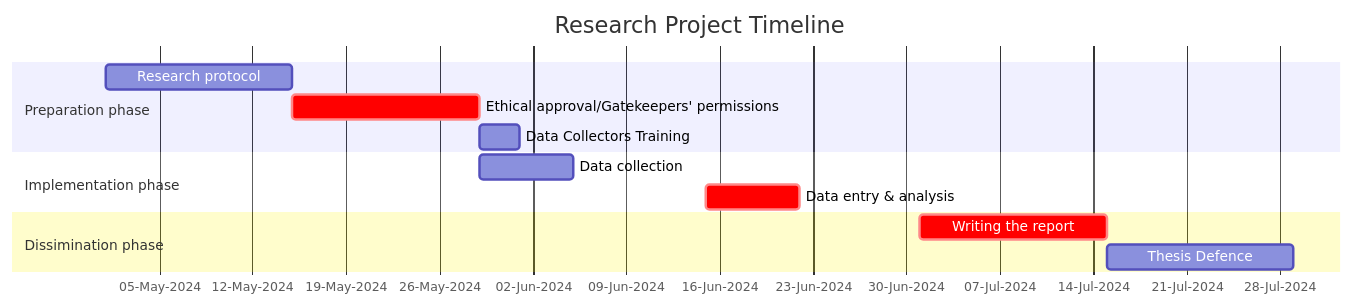
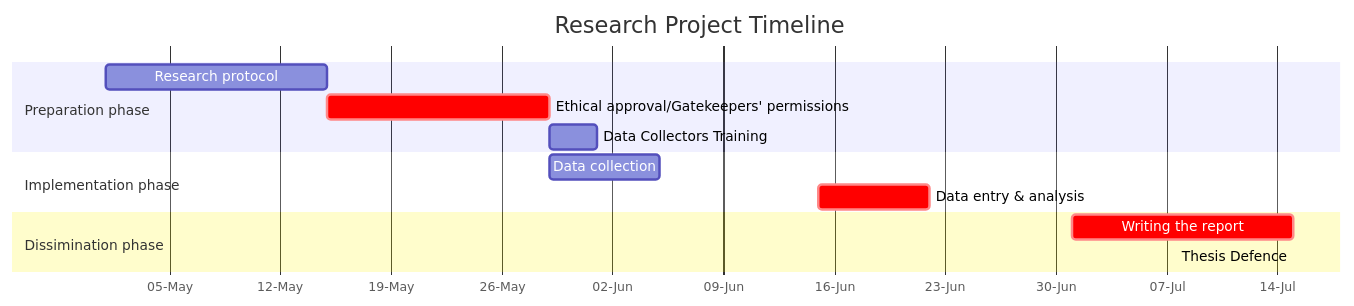
One commit to alturabi1990/mph-thesis changed the second of 2 diagrams in 03-methods.qmd. Above: the diagram before and after it, drawn with Mermaid. The commit also changed other lines of this file, not shown here.

Commit message:
modify the mermaid gantt chart to make it more clear

````diff
--- a/03-methods.qmd
+++ b/03-methods.qmd
@@ -179,23 +175,23 @@
 ```{mermaid}
 %%| label: fig-mermaid-gantt
-%%| fig-cap: Gantt's Chart for the Project Timeline
+%%| fig-cap: Gantt's Chart for the Project Timeline in 2024
 %%{init: {'theme': 'default', 'themeVariables': {'textColo': '#798189'}}}%%
 
 gantt
     title Research Project Timeline
     dateFormat YYYY-MM
-    axisFormat %d-%b-%Y
+    axisFormat %d-%b
     
     section Preparation phase
     Research protocol: a1, 2024-05-01, 14d
     Ethical approval/Gatekeepers' permissions : crit, a2, after a1, 14d
     Data Collectors Training: after a2, 3d
     
     section Implementation phase
     Data collection : 2024-05-29, 7d
     Data entry & analysis: crit, 2024-06-15, 7d
     
     section Dissimination phase
      Writing the report: crit, 2024-07-01, 14d
-     Thesis Defence: 2024-07-15, 14d
+     Thesis Defence: 2024-07-15, 2024-08-05
 ```
````
